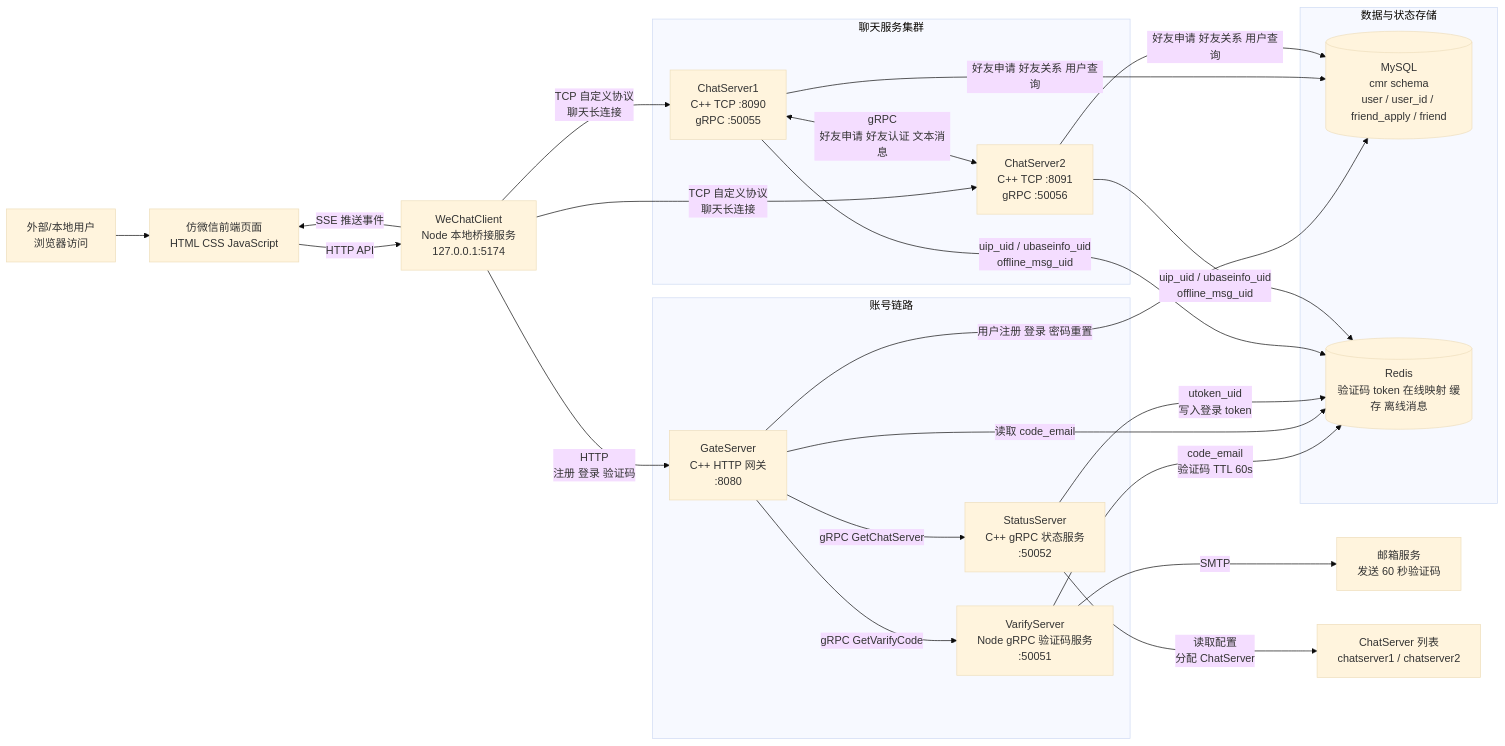
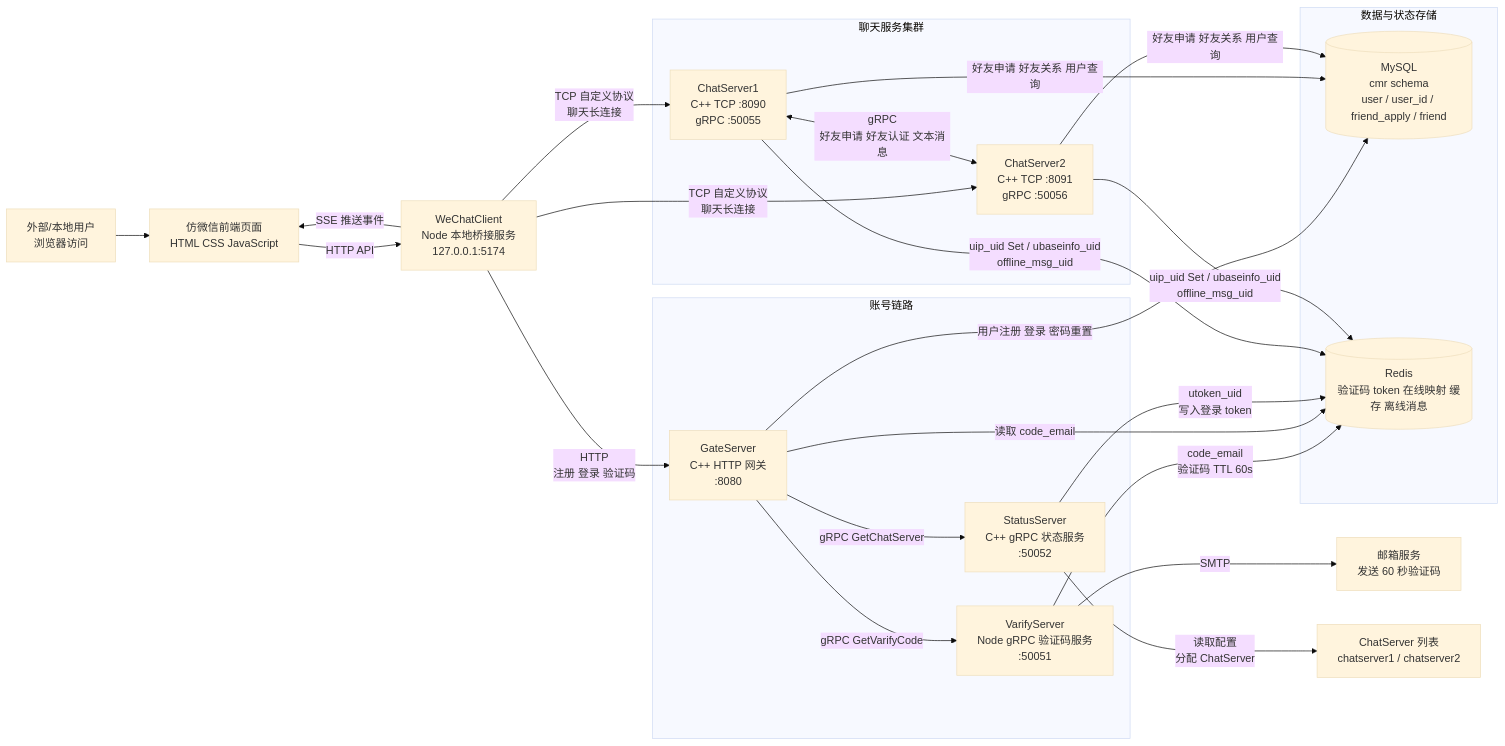
One commit to F1lipl/minichat changed the diagram in docs/architecture.md. Above: the diagram before and after it, drawn with Mermaid (base theme). The commit also changed other lines of this file and 24 other files, not shown here.

````diff
--- a/docs/architecture.md
+++ b/docs/architecture.md
@@ -5,46 +5,46 @@
 ```mermaid
 flowchart LR
   User["外部/本地用户<br/>浏览器访问"] --> Browser["仿微信前端页面<br/>HTML CSS JavaScript"]
 
   Browser -->|HTTP API| Client["WeChatClient<br/>Node 本地桥接服务<br/>127.0.0.1:5174"]
   Client -->|SSE 推送事件| Browser
 
   Client -->|HTTP<br/>注册 登录 验证码| Gate["GateServer<br/>C++ HTTP 网关<br/>:8080"]
   Client -->|TCP 自定义协议<br/>聊天长连接| Chat1["ChatServer1<br/>C++ TCP :8090<br/>gRPC :50055"]
   Client -->|TCP 自定义协议<br/>聊天长连接| Chat2["ChatServer2<br/>C++ TCP :8091<br/>gRPC :50056"]
 
   Gate -->|gRPC GetVarifyCode| Verify["VarifyServer<br/>Node gRPC 验证码服务<br/>:50051"]
   Gate -->|gRPC GetChatServer| Status["StatusServer<br/>C++ gRPC 状态服务<br/>:50052"]
 
   Verify -->|SMTP| Mail["邮箱服务<br/>发送 60 秒验证码"]
 
   Status -->|读取配置<br/>分配 ChatServer| ChatList["ChatServer 列表<br/>chatserver1 / chatserver2"]
 
   Chat1 <-->|gRPC<br/>好友申请 好友认证 文本消息| Chat2
 
   Gate -->|用户注册 登录 密码重置| MySQL[("MySQL<br/>cmr schema<br/>user / user_id / friend_apply / friend")]
   Chat1 -->|好友申请 好友关系 用户查询| MySQL
   Chat2 -->|好友申请 好友关系 用户查询| MySQL
 
   Verify -->|code_email<br/>验证码 TTL 60s| Redis[("Redis<br/>验证码 token 在线映射 缓存 离线消息")]
   Gate -->|读取 code_email| Redis
   Status -->|utoken_uid<br/>写入登录 token| Redis
-  Chat1 -->|uip_uid / ubaseinfo_uid<br/>offline_msg_uid| Redis
-  Chat2 -->|uip_uid / ubaseinfo_uid<br/>offline_msg_uid| Redis
+  Chat1 -->|uip_uid Set / ubaseinfo_uid<br/>offline_msg_uid| Redis
+  Chat2 -->|uip_uid Set / ubaseinfo_uid<br/>offline_msg_uid| Redis
 
   subgraph AccountFlow["账号链路"]
     Gate
     Verify
     Status
   end
 
   subgraph ChatCluster["聊天服务集群"]
     Chat1
     Chat2
   end
 
   subgraph Storage["数据与状态存储"]
     MySQL
     Redis
   end
 ```
````
